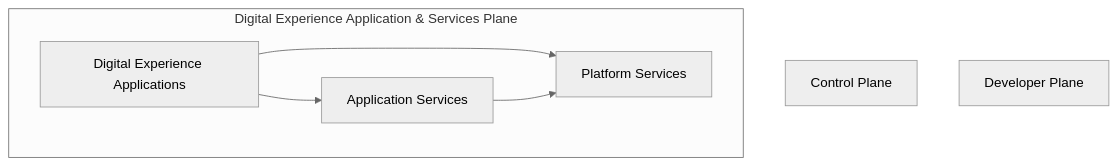
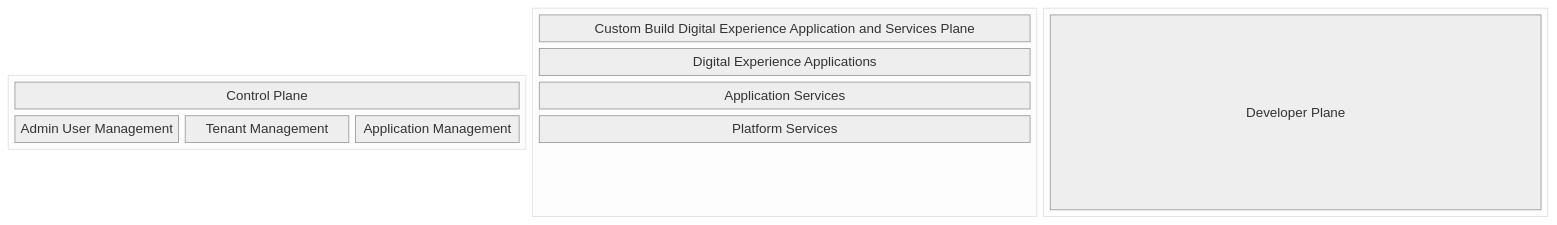
The first of 5 diagrams in docs/architecture/overview.md (kennethteo/custom-build-platform), drawn with Mermaid (neutral theme) before and after one commit. The commit also changed other lines of this file, not shown here.

Commit message:
feat: Add guiding principles for business and technology to architecture overview

`````diff
--- a/docs/architecture/overview.md
+++ b/docs/architecture/overview.md
@@ -41,14 +57,21 @@
 ```mermaid
-flowchart TD
-    CP[Control Plane]
-    DEV[Developer Plane]
-    DXA[Digital Experience Applications]
-    AS[Application Services]
-    PS[Platform Services]
-
-    subgraph Digital Experience Application & Services Plane
-        DXA --> AS
-        DXA --> PS
-        AS --> PS
-    end
+block-beta
+  block
+    columns 3
+    ControlPlane["Control Plane"]:3
+    A["Admin User Management"]
+    T["Tenant Management"]
+    AP["Application Management"]
+  end
+  block
+    columns 1
+    Apps["Custom Build Digital Experience Application and Services Plane"]:3
+    DXA["Digital Experience Applications"]
+    AS["Application Services"]
+    PS["Platform Services"]
+  end
+  block
+    columns 1
+    DEV["Developer Plane"]
+  end
 ````
`````
